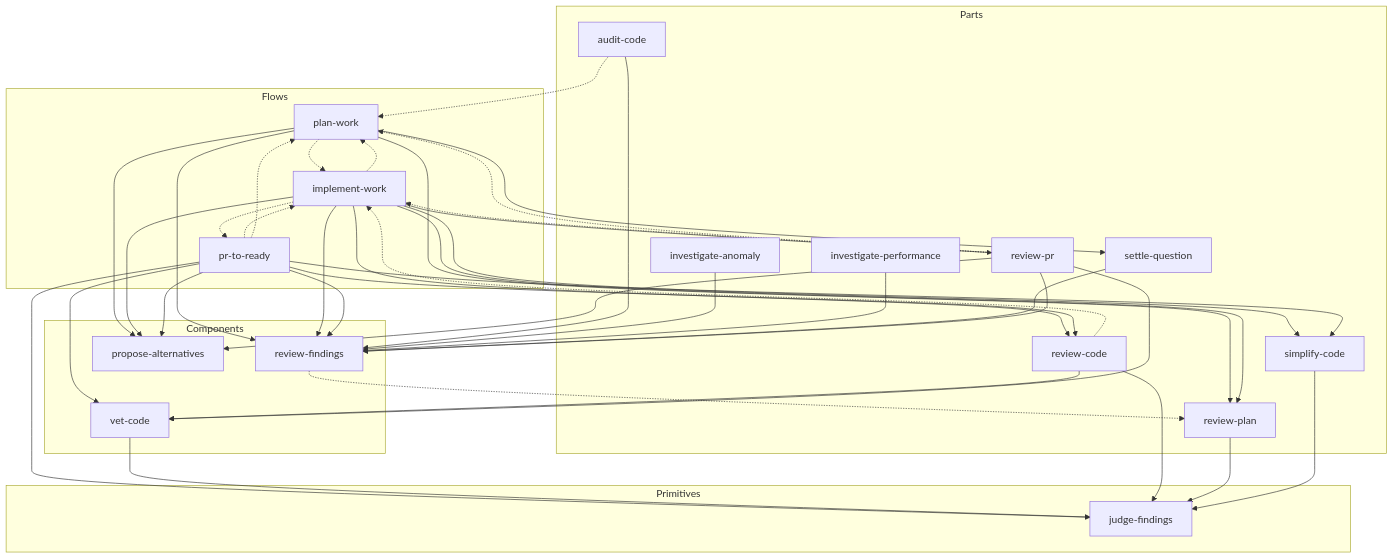
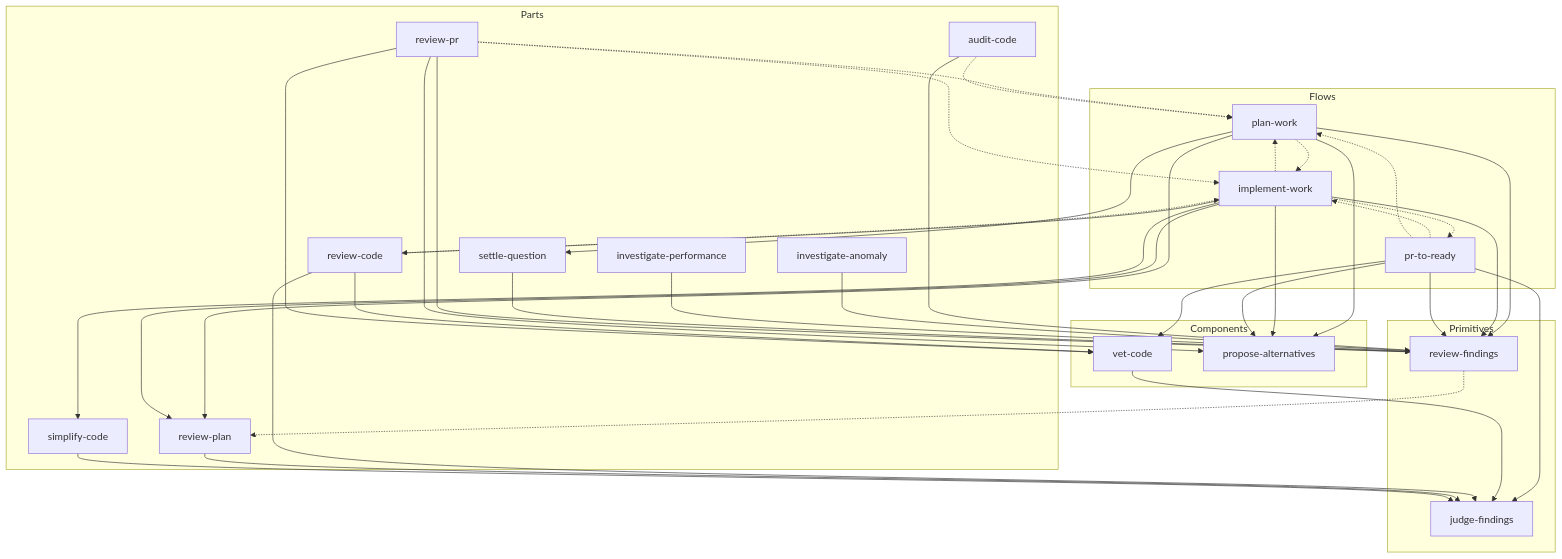
The first of 2 diagrams in README.md (yowcow/dude), drawn with Mermaid before and after one commit. The commit also changed other lines of this file, not shown here.

First line of the commit message:
Reconcile README skill table and dependency diagram

````diff
--- a/README.md
+++ b/README.md
@@ -38,66 +38,63 @@
 ```mermaid
 flowchart TB
   subgraph Flows
     plan-work
     implement-work
     pr-to-ready
   end
   subgraph Parts
     review-code
     review-plan
     simplify-code
     review-pr
     audit-code
     settle-question
     investigate-anomaly
     investigate-performance
   end
   subgraph Components
     vet-code
-    review-findings
     propose-alternatives
   end
   subgraph Primitives
     judge-findings
+    review-findings
   end
 
   plan-work -.-> implement-work
   implement-work -.-> plan-work
   implement-work -.-> pr-to-ready
   pr-to-ready -.-> implement-work
   pr-to-ready -.-> plan-work
   review-code -.-> implement-work
   review-pr -.-> implement-work
   review-pr -.-> plan-work
   audit-code -.-> plan-work
   review-findings -.-> review-plan
 
   plan-work --> review-plan
   plan-work --> settle-question
   plan-work --> propose-alternatives
   plan-work --> review-findings
   implement-work --> review-code
   implement-work --> review-plan
-  implement-work --> review-pr
   implement-work --> simplify-code
   implement-work --> propose-alternatives
   implement-work --> review-findings
-  pr-to-ready --> review-code
-  pr-to-ready --> simplify-code
   pr-to-ready --> vet-code
   pr-to-ready --> judge-findings
   pr-to-ready --> propose-alternatives
   pr-to-ready --> review-findings
   audit-code --> review-findings
   investigate-anomaly --> review-findings
   investigate-performance --> review-findings
   settle-question --> review-findings
   review-code --> vet-code
   review-pr --> vet-code
   review-pr --> propose-alternatives
   review-pr --> review-findings
   vet-code --> judge-findings
   review-code --> judge-findings
   review-plan --> judge-findings
   simplify-code --> judge-findings
 ```
````
